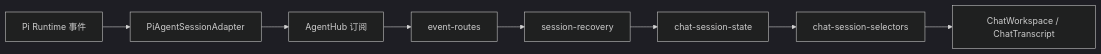
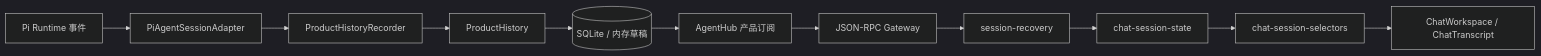
The third of 3 diagrams in docs/session-execution.md (GoetheDady/lvdagun), drawn with Mermaid (dark theme) before and after one commit. The commit also changed other lines of this file and 74 other files, not shown here.

Commit message:
feat: 迁移 JSON-RPC 并新增产品会话历史

````diff
--- a/docs/session-execution.md
+++ b/docs/session-execution.md
@@ -47,10 +76,13 @@
 ```mermaid
 flowchart LR
   Pi[Pi Runtime 事件] --> Adapter[PiAgentSessionAdapter]
-  Adapter --> Hub[AgentHub 订阅]
-  Hub --> SSE[event-routes]
-  SSE --> Recovery[session-recovery]
+  Adapter --> Recorder[ProductHistoryRecorder]
+  Recorder --> History[ProductHistory]
+  History --> Store[(SQLite / 内存草稿)]
+  Store --> Hub[AgentHub 产品订阅]
+  Hub --> RPC[JSON-RPC Gateway]
+  RPC --> Recovery[session-recovery]
   Recovery --> State[chat-session-state]
   State --> Selectors[chat-session-selectors]
   Selectors --> Page[ChatWorkspace / ChatTranscript]
 ```
````
